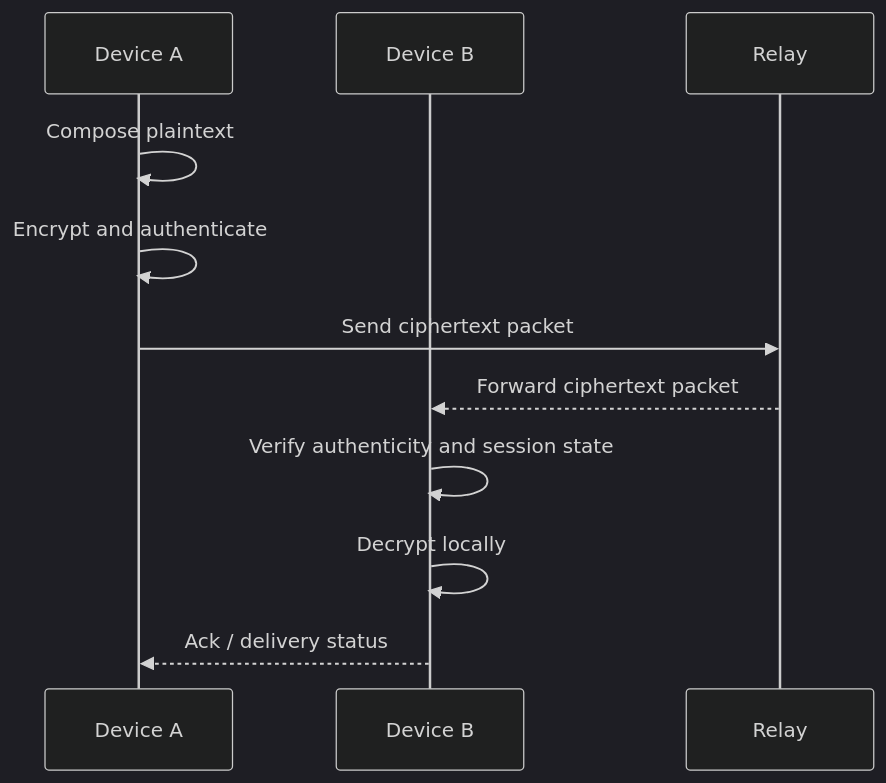
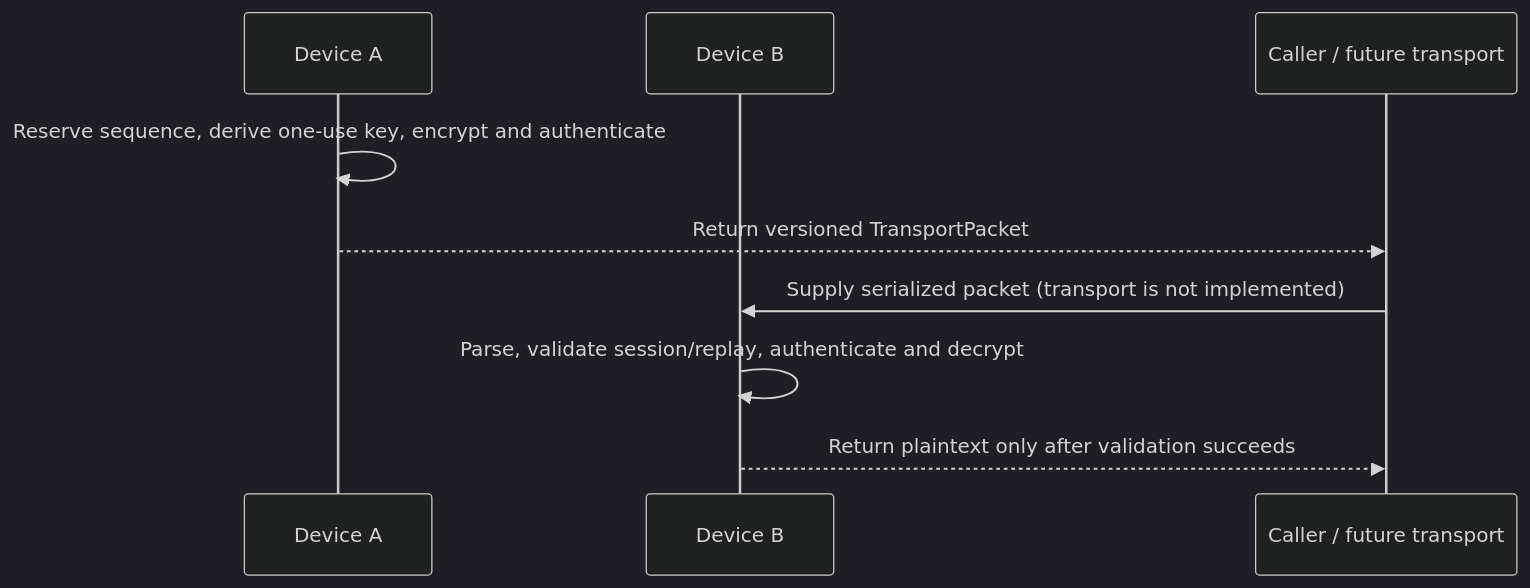
The second of 3 diagrams in docs/protocol/message-flow.md (Ganesh5927/echat), drawn with Mermaid (dark theme) before and after one commit. The commit also changed other lines of this file and 20 other files, not shown here.

````diff
--- a/docs/protocol/message-flow.md
+++ b/docs/protocol/message-flow.md
@@ -57,14 +36,12 @@
 ```mermaid
 sequenceDiagram
     participant A as Device A
     participant B as Device B
-    participant R as Relay
+    participant C as Caller / future transport
 
-    A->>A: Compose plaintext
-    A->>A: Encrypt and authenticate
-    A->>R: Send ciphertext packet
-    R-->>B: Forward ciphertext packet
-    B->>B: Verify authenticity and session state
-    B->>B: Decrypt locally
-    B-->>A: Ack / delivery status
+    A->>A: Reserve sequence, derive one-use key, encrypt and authenticate
+    A-->>C: Return versioned TransportPacket
+    C->>B: Supply serialized packet (transport is not implemented)
+    B->>B: Parse, validate session/replay, authenticate and decrypt
+    B-->>C: Return plaintext only after validation succeeds
 ```
````
